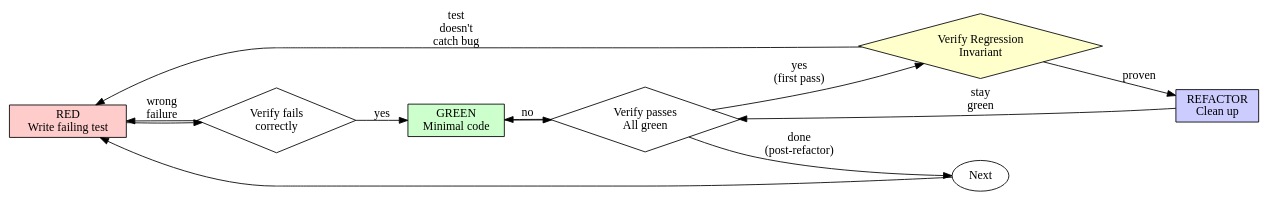
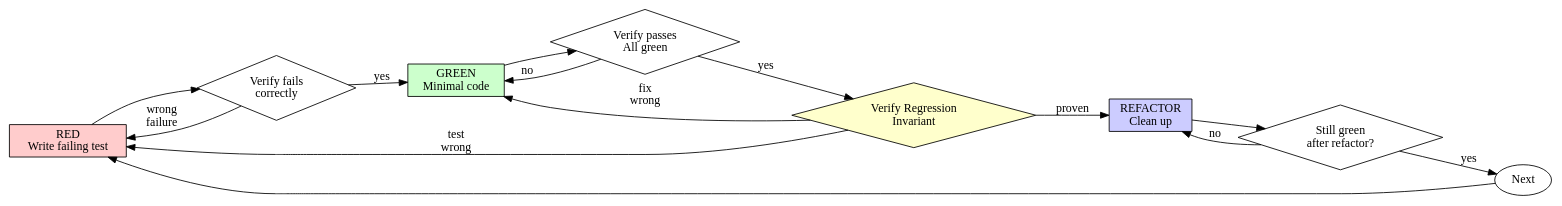
One commit to GoCodeAlone/claude-superpowers changed the diagram in skills/test-driven-development/SKILL.md. Above: the diagram before and after it, drawn with Graphviz. The commit also changed other lines of this file, not shown here.

First line of the commit message:
fix(tdd): round-5 review fixes — split verify_green node, simplify spy comment, add checklist item

````diff
--- a/skills/test-driven-development/SKILL.md
+++ b/skills/test-driven-development/SKILL.md
@@ -49,24 +49,27 @@
 ```dot
 digraph tdd_cycle {
     rankdir=LR;
     red [label="RED\nWrite failing test", shape=box, style=filled, fillcolor="#ffcccc"];
     verify_red [label="Verify fails\ncorrectly", shape=diamond];
     green [label="GREEN\nMinimal code", shape=box, style=filled, fillcolor="#ccffcc"];
     verify_green [label="Verify passes\nAll green", shape=diamond];
     verify_invariant [label="Verify Regression\nInvariant", shape=diamond, style=filled, fillcolor="#ffffcc"];
     refactor [label="REFACTOR\nClean up", shape=box, style=filled, fillcolor="#ccccff"];
+    verify_refactor [label="Still green\nafter refactor?", shape=diamond];
     next [label="Next", shape=ellipse];
 
     red -> verify_red;
     verify_red -> green [label="yes"];
     verify_red -> red [label="wrong\nfailure"];
     green -> verify_green;
-    verify_green -> verify_invariant [label="yes\n(first pass)"];
+    verify_green -> verify_invariant [label="yes"];
     verify_green -> green [label="no"];
-    verify_green -> next [label="done\n(post-refactor)"];
     verify_invariant -> refactor [label="proven"];
-    verify_invariant -> red [label="test\ndoesn't\ncatch bug"];
-    refactor -> verify_green [label="stay\ngreen"];
+    verify_invariant -> red [label="test\nwrong"];
+    verify_invariant -> green [label="fix\nwrong"];
+    refactor -> verify_refactor;
+    verify_refactor -> next [label="yes"];
+    verify_refactor -> refactor [label="no"];
     next -> red;
 }
 ```
````
